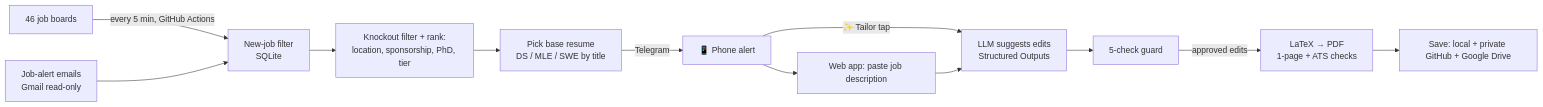
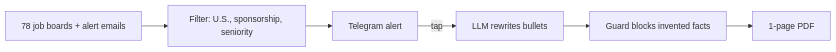
One commit to siri780/resumefit-core changed the diagram in README.md. Above: the diagram before and after it, drawn with Mermaid. The commit also changed other lines of this file, not shown here.

````diff
--- a/README.md
+++ b/README.md
@@ -18,14 +14,8 @@
 ```mermaid
 flowchart LR
-    A[46 job boards] -->|every 5 min, GitHub Actions| B[New-job filter<br/>SQLite]
-    M[Job-alert emails<br/>Gmail read-only] --> B
-    B --> C[Knockout filter + rank:<br/>location, sponsorship, PhD, tier]
-    C --> R[Pick base resume<br/>DS / MLE / SWE by title]
-    R -->|Telegram| D[📱 Phone alert]
-    D -->|✨ Tailor tap| F
-    D --> E[Web app: paste job description]
-    E --> F[LLM suggests edits<br/>Structured Outputs]
-    F --> G[5-check guard]
-    G -->|approved edits| H[LaTeX → PDF<br/>1-page + ATS checks]
-    H --> I[Save: local + private GitHub + Google Drive]
+    A[78 job boards + alert emails] --> B[Filter: U.S., sponsorship, seniority]
+    B --> C[Telegram alert]
+    C -->|tap| D[LLM rewrites bullets]
+    D --> E[Guard blocks invented facts]
+    E --> F[1-page PDF]
 ```
````
